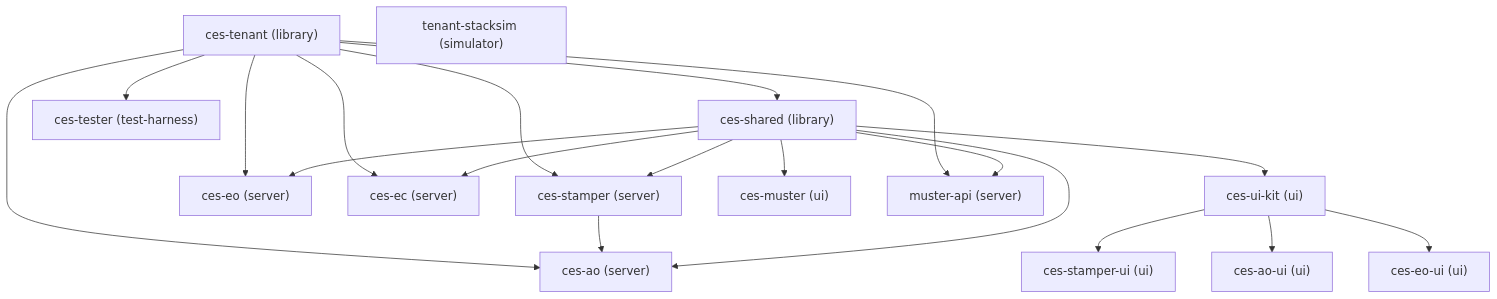
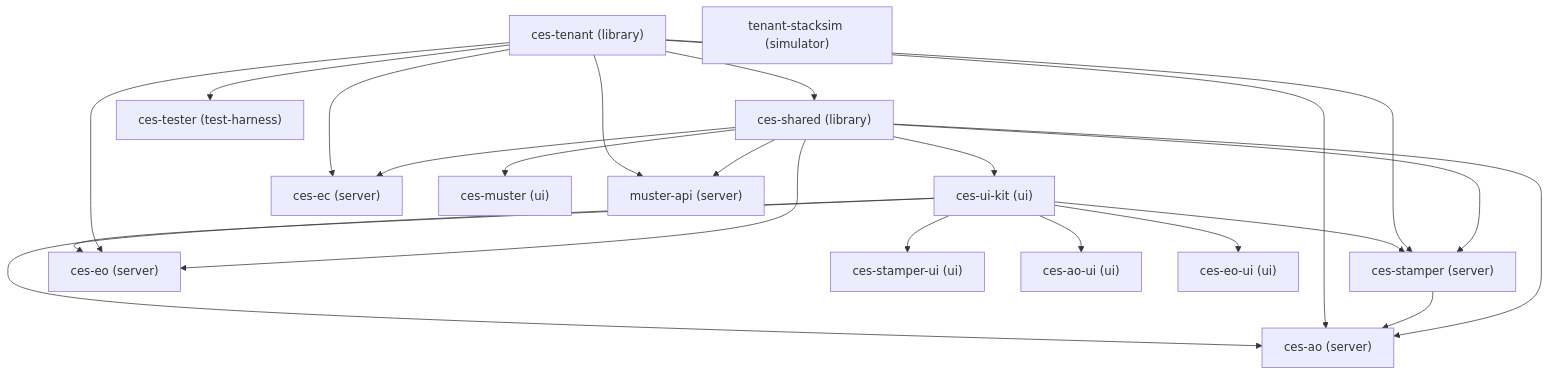
The diagram in handoff/BUILD-ORDER.md (aavya-engineering/blue-heron-ces), drawn with Mermaid before and after one commit. The commit also changed other lines of this file and 9 other files, not shown here.

````diff
--- a/handoff/BUILD-ORDER.md
+++ b/handoff/BUILD-ORDER.md
@@ -47,35 +47,38 @@
 ```mermaid
 graph TD
   ces_tenant["ces-tenant (library)"]
   ces_shared["ces-shared (library)"]
+  ces_ui_kit["ces-ui-kit (ui)"]
   ces_stamper["ces-stamper (server)"]
   ces_eo["ces-eo (server)"]
   ces_ao["ces-ao (server)"]
   ces_ec["ces-ec (server)"]
-  ces_ui_kit["ces-ui-kit (ui)"]
   ces_stamper_ui["ces-stamper-ui (ui)"]
   ces_ao_ui["ces-ao-ui (ui)"]
   ces_eo_ui["ces-eo-ui (ui)"]
   tenant_stacksim["tenant-stacksim (simulator)"]
   ces_tester["ces-tester (test-harness)"]
   ces_muster["ces-muster (ui)"]
   muster_api["muster-api (server)"]
   ces_tenant --> ces_shared
+  ces_shared --> ces_ui_kit
   ces_shared --> ces_stamper
   ces_tenant --> ces_stamper
+  ces_ui_kit --> ces_stamper
   ces_shared --> ces_eo
   ces_tenant --> ces_eo
+  ces_ui_kit --> ces_eo
   ces_shared --> ces_ao
   ces_stamper --> ces_ao
   ces_tenant --> ces_ao
+  ces_ui_kit --> ces_ao
   ces_shared --> ces_ec
   ces_tenant --> ces_ec
-  ces_shared --> ces_ui_kit
   ces_ui_kit --> ces_stamper_ui
   ces_ui_kit --> ces_ao_ui
   ces_ui_kit --> ces_eo_ui
   ces_tenant --> ces_tester
   ces_shared --> ces_muster
   ces_shared --> muster_api
   ces_tenant --> muster_api
 ```
````
